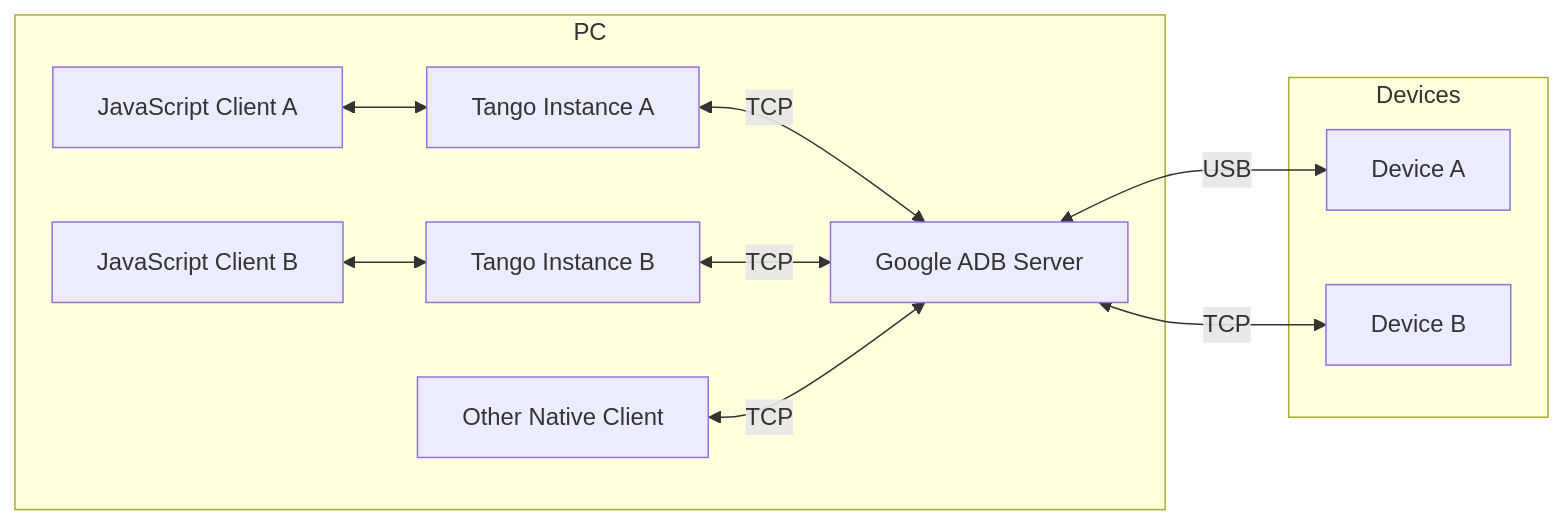
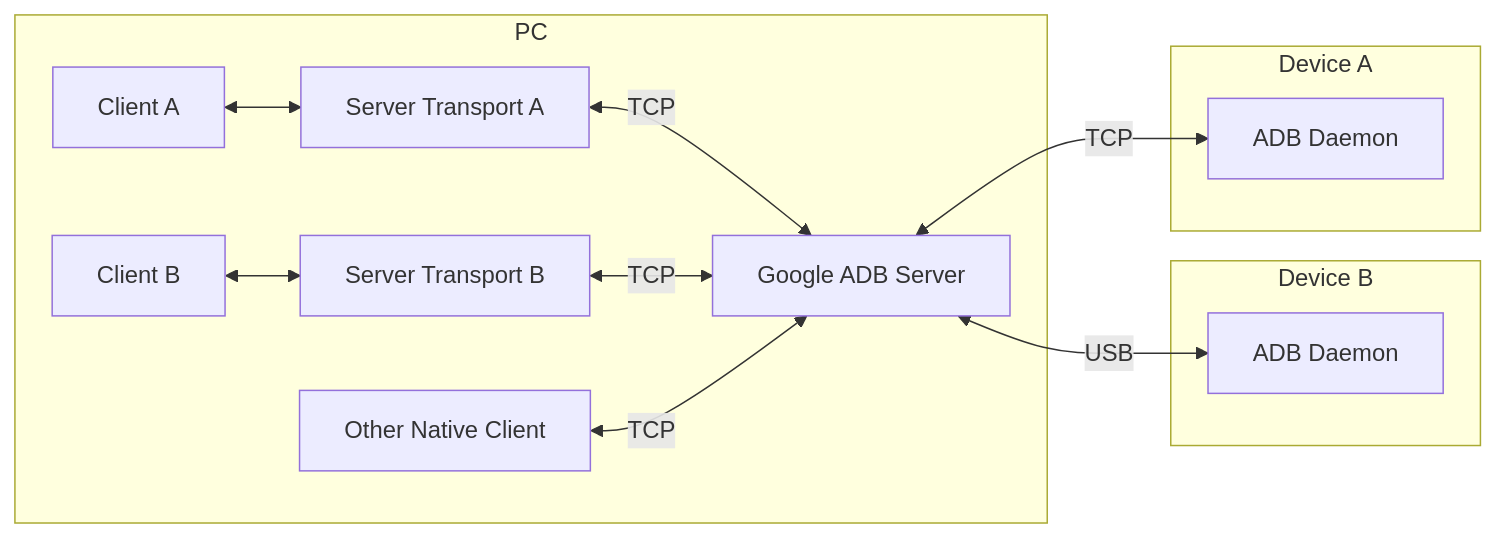
The fifth of 8 diagrams in docs/tango/index.mdx (tango-adb/docs), drawn with Mermaid before and after one commit. The commit also changed other lines of this file and 4 other files, not shown here.

Commit message:
add more graphs

````diff
--- a/docs/tango/index.mdx
+++ b/docs/tango/index.mdx
@@ -139,13 +142,15 @@
 ```mermaid
 flowchart LR
     subgraph PC
-    CA["JavaScript Client A"] <--> TA["Tango Instance A"]
-    CB["JavaScript Client B"] <--> TB["Tango Instance B"]
+    CA["Client A"] <--> TA["Server Transport A"]
+    CB["Client B"] <--> TB["Server Transport B"]
     TA & TB <-->|TCP| S["Google ADB Server"]
     CC["Other Native Client"] <-->|TCP| S
     end
-    subgraph Devices
-    S <-->|USB| A["Device A"]
-    S <-->|TCP| B["Device B"]
+    subgraph A["Device B"]
+        S <-->|USB| AD["ADB Daemon"]
+    end
+    subgraph B["Device A"]
+        S <-->|TCP| BD["ADB Daemon"]
     end
 ```
````
